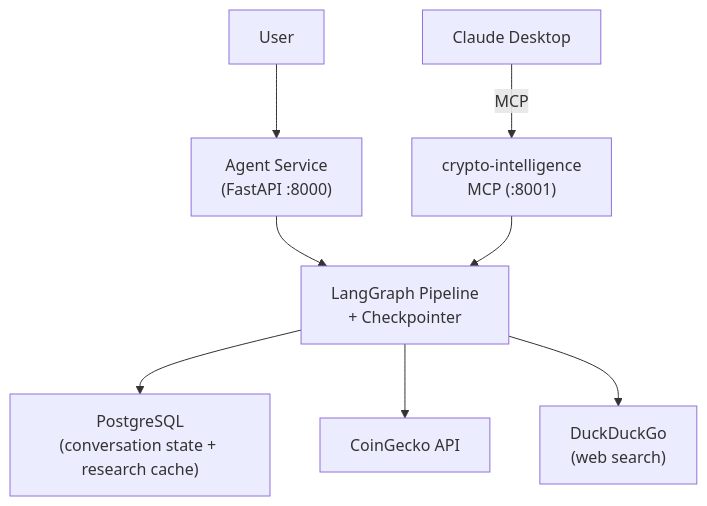
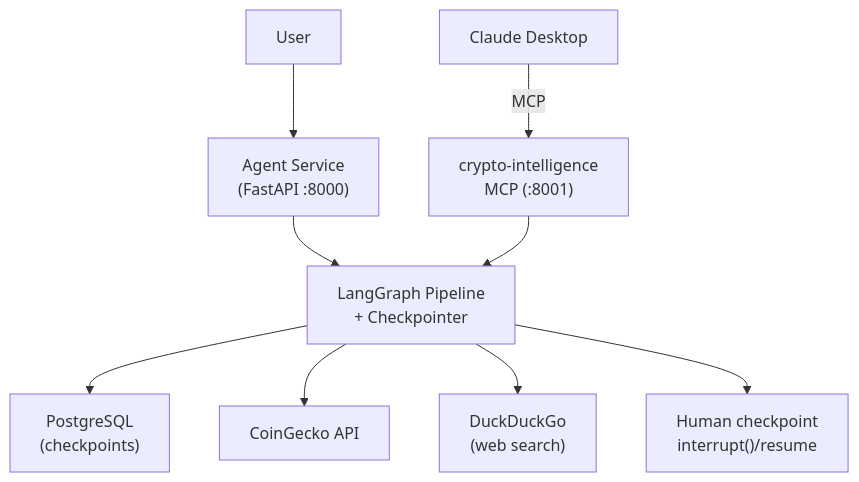
Before and after one commit to ksopyla/agent-patterns-lab: the fourth of 8 diagrams in docs/curriculum.md, drawn with Mermaid. The commit also changed other lines of this file and 2 other files, not shown here.

First line of the commit message:
docs: revise pattern progression for checkpoint recovery and agent memory

````diff
--- a/docs/curriculum.md
+++ b/docs/curriculum.md
@@ -210,10 +207,11 @@
 ```mermaid
 graph TD
     User --> FastAPI["Agent Service\n(FastAPI :8000)"]
     FastAPI --> Pipeline["LangGraph Pipeline\n+ Checkpointer"]
-    Pipeline --> PG["PostgreSQL\n(conversation state + research cache)"]
+    ClaudeDesktop["Claude Desktop"] -->|MCP| MCP["crypto-intelligence\nMCP (:8001)"]
+    MCP --> Pipeline
+    Pipeline --> PG["PostgreSQL\n(checkpoints)"]
     Pipeline --> CoinGecko["CoinGecko API"]
     Pipeline --> DDG["DuckDuckGo\n(web search)"]
-    ClaudeDesktop["Claude Desktop"] -->|MCP| MCP["crypto-intelligence\nMCP (:8001)"]
-    MCP --> Pipeline
+    Pipeline --> HITL["Human checkpoint\ninterrupt()/resume"]
 ```
````
